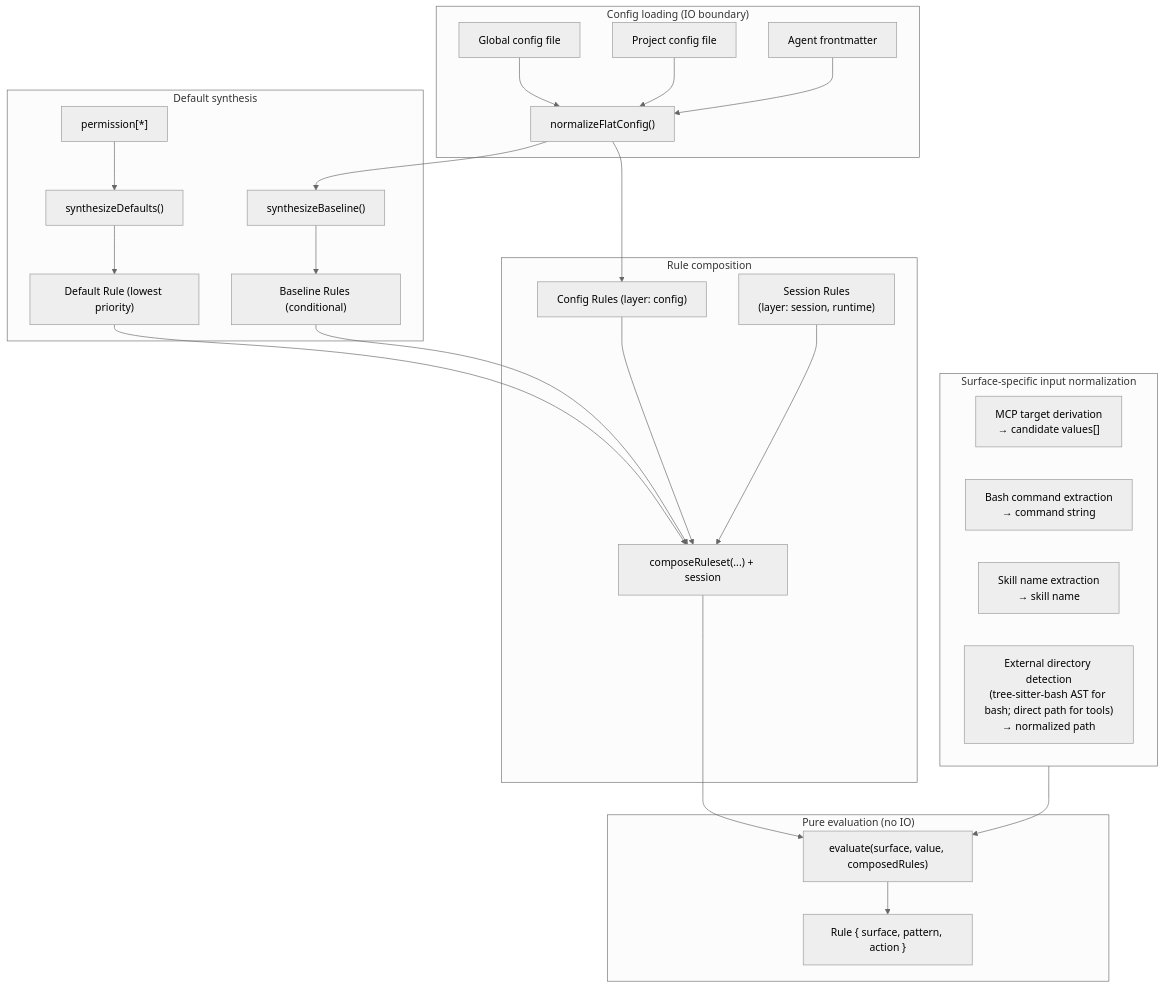
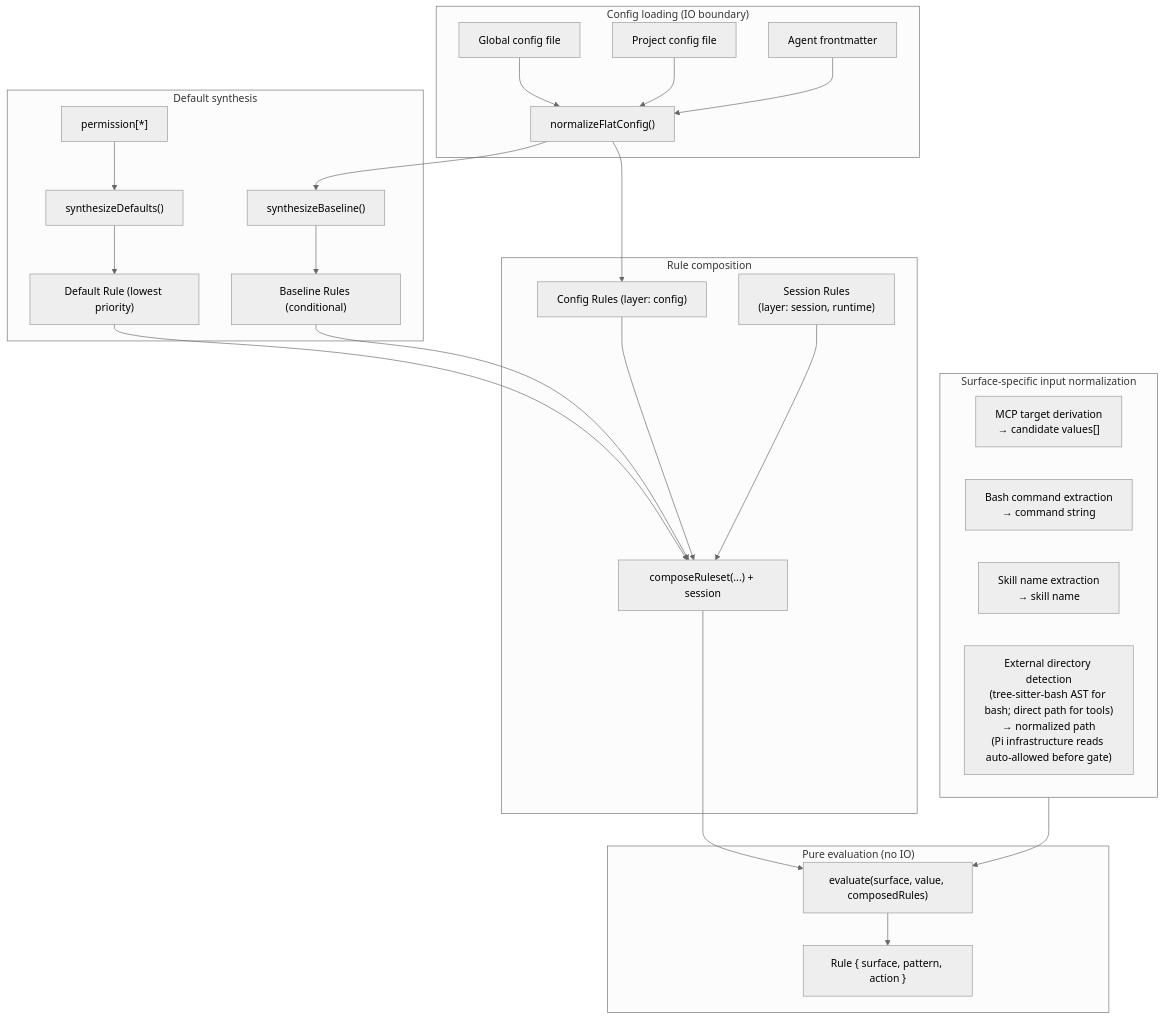
Before and after one commit to sycghj/pi-permission-system: the first of 4 diagrams in docs/architecture/target-architecture.md, drawn with Mermaid (neutral theme). The commit also changed other lines of this file and 3 other files, not shown here.

First line of the commit message:
docs: document piInfrastructureReadPaths config and infrastructure auto-allow

````diff
--- a/docs/architecture/target-architecture.md
+++ b/docs/architecture/target-architecture.md
@@ -142,42 +142,42 @@
 ```mermaid
 flowchart TD
     subgraph Load["Config loading (IO boundary)"]
         GF["Global config file"]
         PF["Project config file"]
         AF["Agent frontmatter"]
         GF --> Norm["normalizeFlatConfig()"]
         PF --> Norm
         AF --> Norm
     end
 
     subgraph Defaults["Default synthesis"]
         DP["permission[*]"] --> Synth["synthesizeDefaults()"]
         Synth --> DR["Default Rule (lowest priority)"]
         Norm --> BL["synthesizeBaseline()"]
         BL --> BR["Baseline Rules (conditional)"]
     end
 
     Norm --> CR["Config Rules (layer: config)"]
     SA["Session Rules<br/>(layer: session, runtime)"]
 
     subgraph Compose["Rule composition"]
         DR --> Concat["composeRuleset(...) + session"]
         BR --> Concat
         CR --> Concat
         SA --> Concat
     end
 
     subgraph Eval["Pure evaluation (no IO)"]
         Concat --> E["evaluate(surface, value, composedRules)"]
         E --> Decision["Rule { surface, pattern, action }"]
     end
 
     subgraph PreProcess["Surface-specific input normalization"]
         MCP["MCP target derivation<br/>→ candidate values[]"]
         Bash["Bash command extraction<br/>→ command string"]
         Skill["Skill name extraction<br/>→ skill name"]
-        ExtDir["External directory detection<br/>(tree-sitter-bash AST for bash; direct path for tools)<br/>→ normalized path"]
+        ExtDir["External directory detection<br/>(tree-sitter-bash AST for bash; direct path for tools)<br/>→ normalized path<br/>(Pi infrastructure reads auto-allowed before gate)"]
     end
 
     PreProcess --> E
 ```
````
